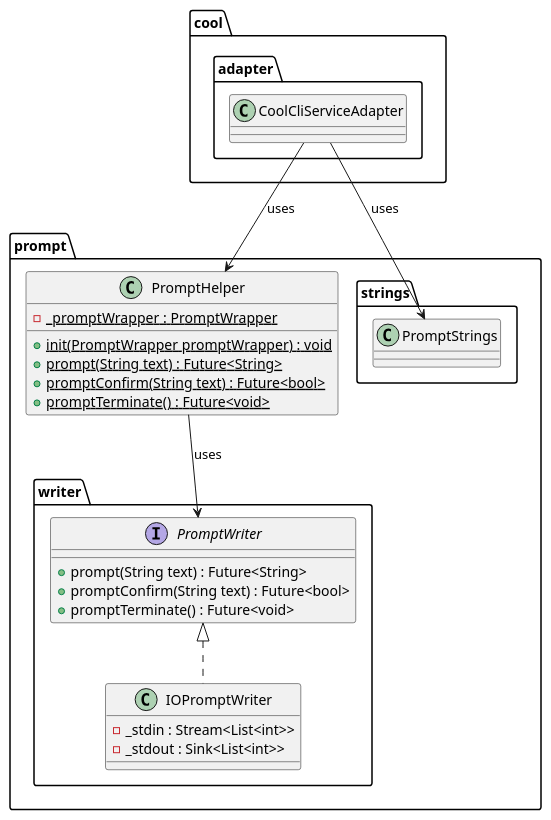
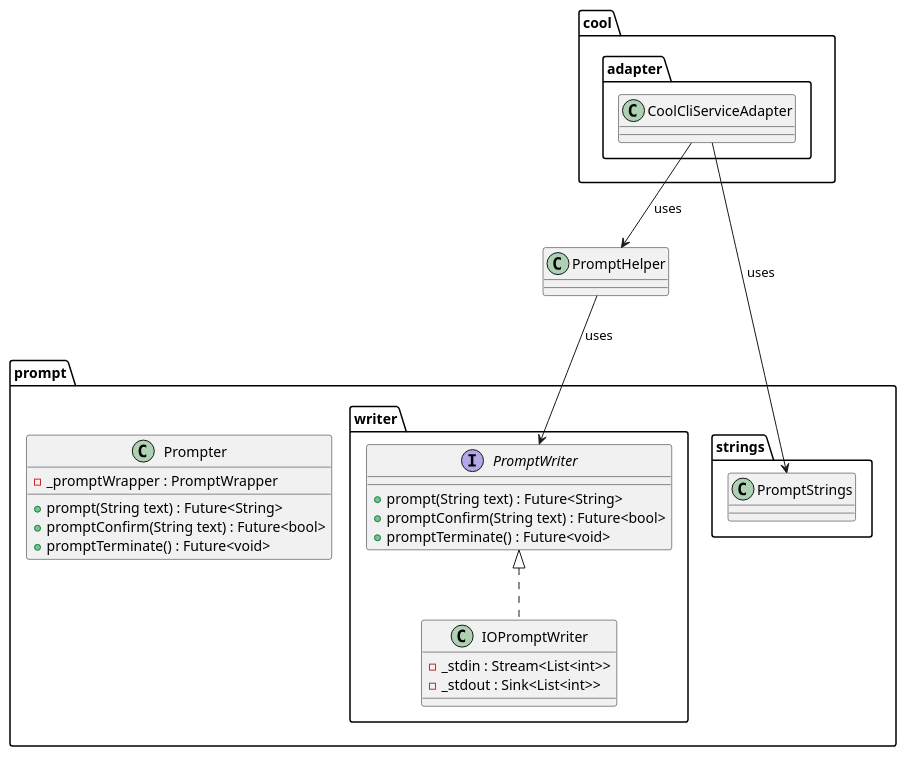
One commit to Flank/flank-dashboard changed the diagram in metrics/cli/docs/diagrams/prompt_class_diagram.puml. Above: the diagram before and after it, drawn with PlantUML. The commit also changed 7 other files, not shown here.

```diff
--- a/metrics/cli/docs/diagrams/prompt_class_diagram.puml
+++ b/metrics/cli/docs/diagrams/prompt_class_diagram.puml
@@ -1,41 +1,40 @@
 @startuml prompt_class_diagram
 
 package prompt {
     package writer {
         interface PromptWriter {
             + prompt(String text) : Future<String>
             + promptConfirm(String text) : Future<bool>
             + promptTerminate() : Future<void>
         }
 
         class IOPromptWriter implements PromptWriter{
             - _stdin : Stream<List<int>>
             - _stdout : Sink<List<int>>
         }
     }
 
     package strings {
         class PromptStrings{}
     }
 
-    class PromptHelper {
-        - {static} _promptWrapper : PromptWrapper
-        + {static} init(PromptWrapper promptWrapper) : void
-        + {static} prompt(String text) : Future<String>
-        + {static} promptConfirm(String text) : Future<bool>
-        + {static} promptTerminate() : Future<void>
+    class Prompter {
+        - _promptWrapper : PromptWrapper
+        + prompt(String text) : Future<String>
+        + promptConfirm(String text) : Future<bool>
+        + promptTerminate() : Future<void>
     }
 }
 
 package cool.adapter {
     class CoolCliServiceAdapter {
 
     }
 }
 
 PromptHelper --> PromptWriter : uses
 
 CoolCliServiceAdapter --> PromptHelper : uses
 CoolCliServiceAdapter --> PromptStrings : uses
 
 @enduml
```
